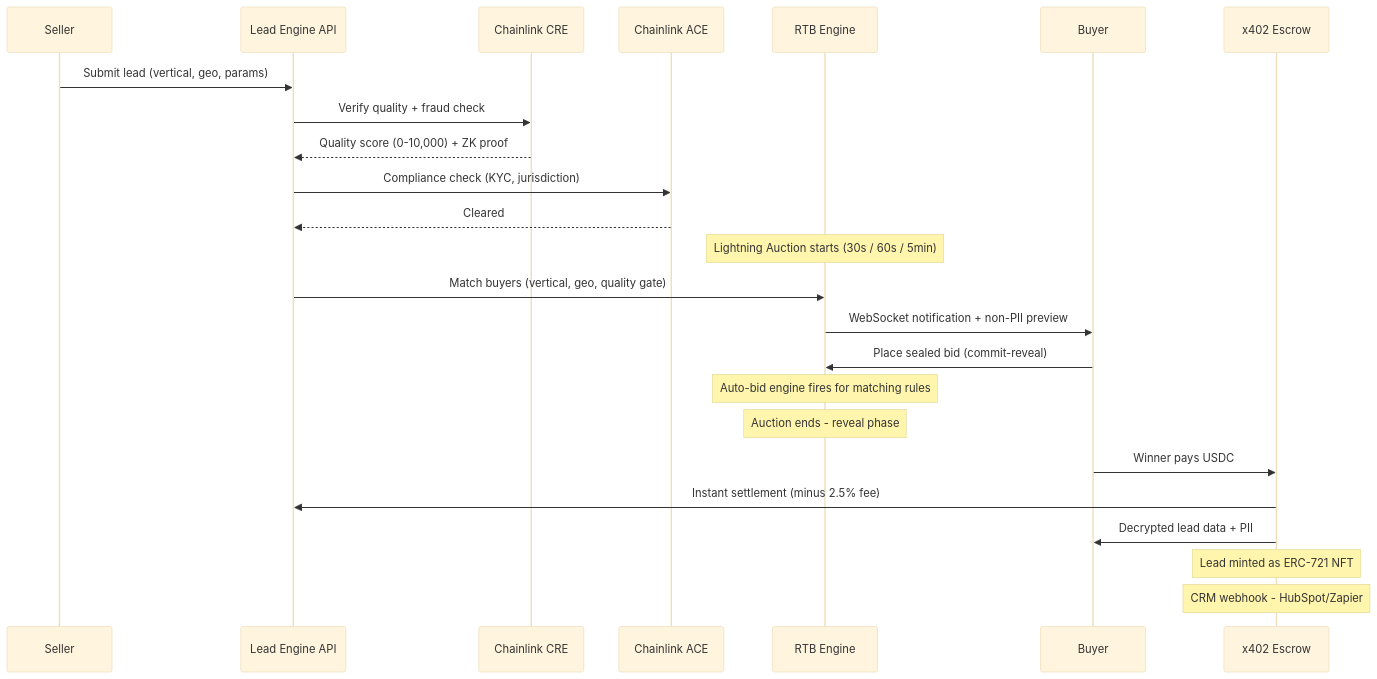
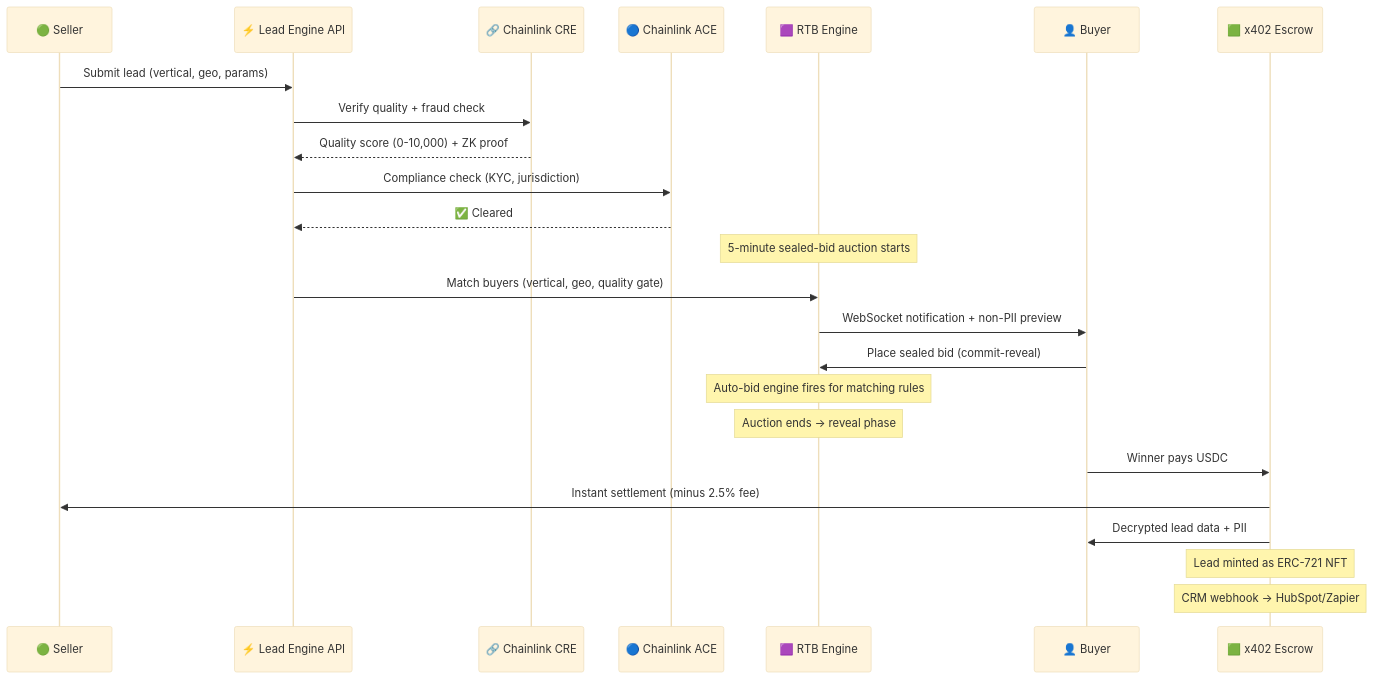
The first of 2 diagrams in README.md (bnmbnmai/lead-engine-cre), drawn with Mermaid (base theme) before and after one commit.

Commit message:
fix: restore emojis and correct settlement flow in mermaid diagram
- Add emoji icons to all participant labels ( Seller,  Lead Engine API, etc.)
- Fix 'Instant settlement (minus 2.5% fee)' arrow: x402 Escrow  Seller (was incorrectly  API)
- Update auction label to '5-minute sealed-bid auction starts'
- Add  to 'Cleared' response, use  arrows in notes

````diff
--- a/README.md
+++ b/README.md
@@ -38,32 +38,32 @@
 ```mermaid
 sequenceDiagram
-    participant S as Seller
-    participant API as Lead Engine API
-    participant CRE as Chainlink CRE
-    participant ACE as Chainlink ACE
-    participant RTB as RTB Engine
-    participant B as Buyer
-    participant X as x402 Escrow
+    participant S as 🟢 Seller
+    participant API as ⚡ Lead Engine API
+    participant CRE as 🔗 Chainlink CRE
+    participant ACE as 🔵 Chainlink ACE
+    participant RTB as 🟪 RTB Engine
+    participant B as 👤 Buyer
+    participant X as 🟩 x402 Escrow
 
     S->>API: Submit lead (vertical, geo, params)
     API->>CRE: Verify quality + fraud check
     CRE-->>API: Quality score (0-10,000) + ZK proof
     API->>ACE: Compliance check (KYC, jurisdiction)
-    ACE-->>API: Cleared
+    ACE-->>API: ✅ Cleared
 
-    Note over RTB: Lightning Auction starts (30s / 60s / 5min)
+    Note over RTB: 5-minute sealed-bid auction starts
 
     API->>RTB: Match buyers (vertical, geo, quality gate)
     RTB->>B: WebSocket notification + non-PII preview
     B->>RTB: Place sealed bid (commit-reveal)
 
     Note over RTB: Auto-bid engine fires for matching rules
-    Note over RTB: Auction ends - reveal phase
+    Note over RTB: Auction ends → reveal phase
 
     B->>X: Winner pays USDC
-    X->>API: Instant settlement (minus 2.5% fee)
+    X->>S: Instant settlement (minus 2.5% fee)
     X->>B: Decrypted lead data + PII
 
     Note over X: Lead minted as ERC-721 NFT
-    Note over X: CRM webhook - HubSpot/Zapier
+    Note over X: CRM webhook → HubSpot/Zapier
 ```
````
